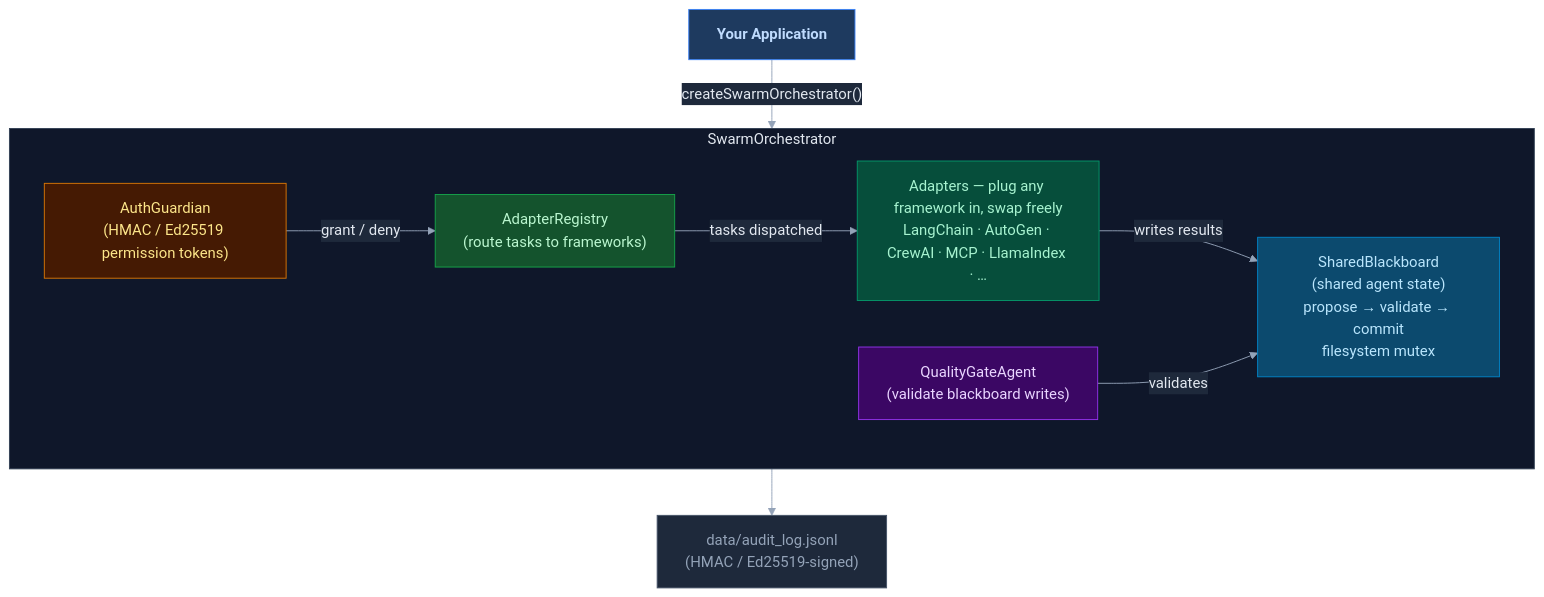
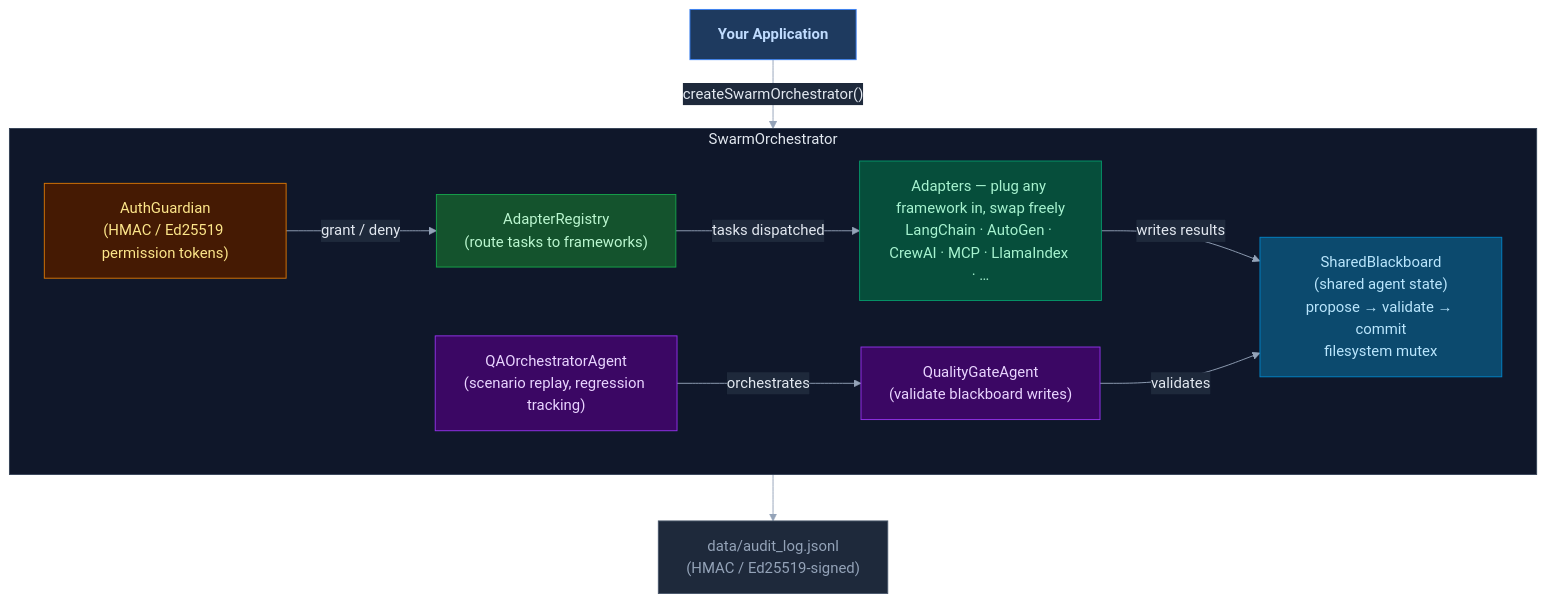
Before and after one commit to Jovancoding/Network-AI: the diagram in ARCHITECTURE.md, drawn with Mermaid. The commit also changed other lines of this file and 20 other files, not shown here.

Commit message:
v4.11.0 - QA Orchestrator Agent, scenario replay, regression tracking, contradiction detection

````diff
--- a/ARCHITECTURE.md
+++ b/ARCHITECTURE.md
@@ -36,29 +36,31 @@
 ```mermaid
 %%{init: {'theme': 'base', 'themeVariables': {'primaryColor': '#1e293b', 'primaryTextColor': '#e2e8f0', 'primaryBorderColor': '#475569', 'lineColor': '#94a3b8', 'clusterBkg': '#0f172a', 'clusterBorder': '#334155', 'edgeLabelBackground': '#1e293b', 'edgeLabelColor': '#cbd5e1', 'titleColor': '#e2e8f0'}}}%%
 flowchart TD
     classDef app        fill:#1e3a5f,stroke:#3b82f6,color:#bfdbfe,font-weight:bold
     classDef security   fill:#451a03,stroke:#d97706,color:#fde68a
     classDef routing    fill:#14532d,stroke:#16a34a,color:#bbf7d0
     classDef quality    fill:#3b0764,stroke:#9333ea,color:#e9d5ff
     classDef blackboard fill:#0c4a6e,stroke:#0284c7,color:#bae6fd
     classDef adapters   fill:#064e3b,stroke:#059669,color:#a7f3d0
     classDef audit      fill:#1e293b,stroke:#475569,color:#94a3b8
 
     App["Your Application"]:::app
     App -->|"createSwarmOrchestrator()"| SO
 
     subgraph SO["SwarmOrchestrator"]
         AG["AuthGuardian\n(HMAC / Ed25519 permission tokens)"]:::security
         AR["AdapterRegistry\n(route tasks to frameworks)"]:::routing
         QG["QualityGateAgent\n(validate blackboard writes)"]:::quality
+        QA["QAOrchestratorAgent\n(scenario replay, regression tracking)"]:::quality
         BB["SharedBlackboard\n(shared agent state)\npropose → validate → commit\nfilesystem mutex"]:::blackboard
         AD["Adapters — plug any framework in, swap freely\nLangChain · AutoGen · CrewAI · MCP · LlamaIndex · …"]:::adapters
 
         AG -->|"grant / deny"| AR
         AR -->|"tasks dispatched"| AD
         AD -->|"writes results"| BB
         QG -->|"validates"| BB
+        QA -->|"orchestrates"| QG
     end
 
     SO --> AUDIT["data/audit_log.jsonl\n(HMAC / Ed25519-signed)"]:::audit
 ```
````
